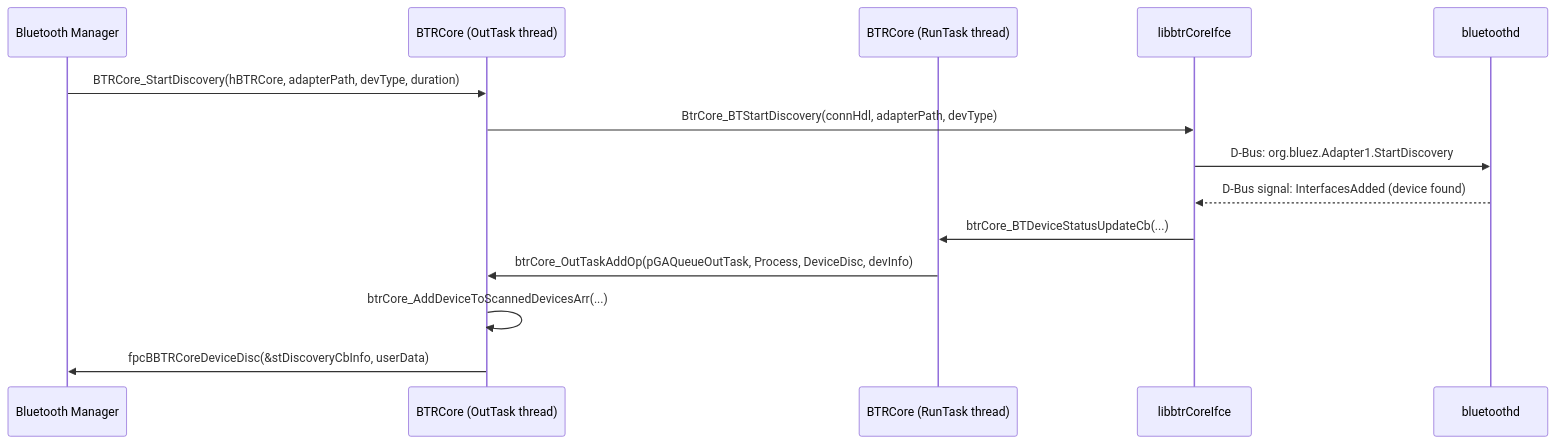
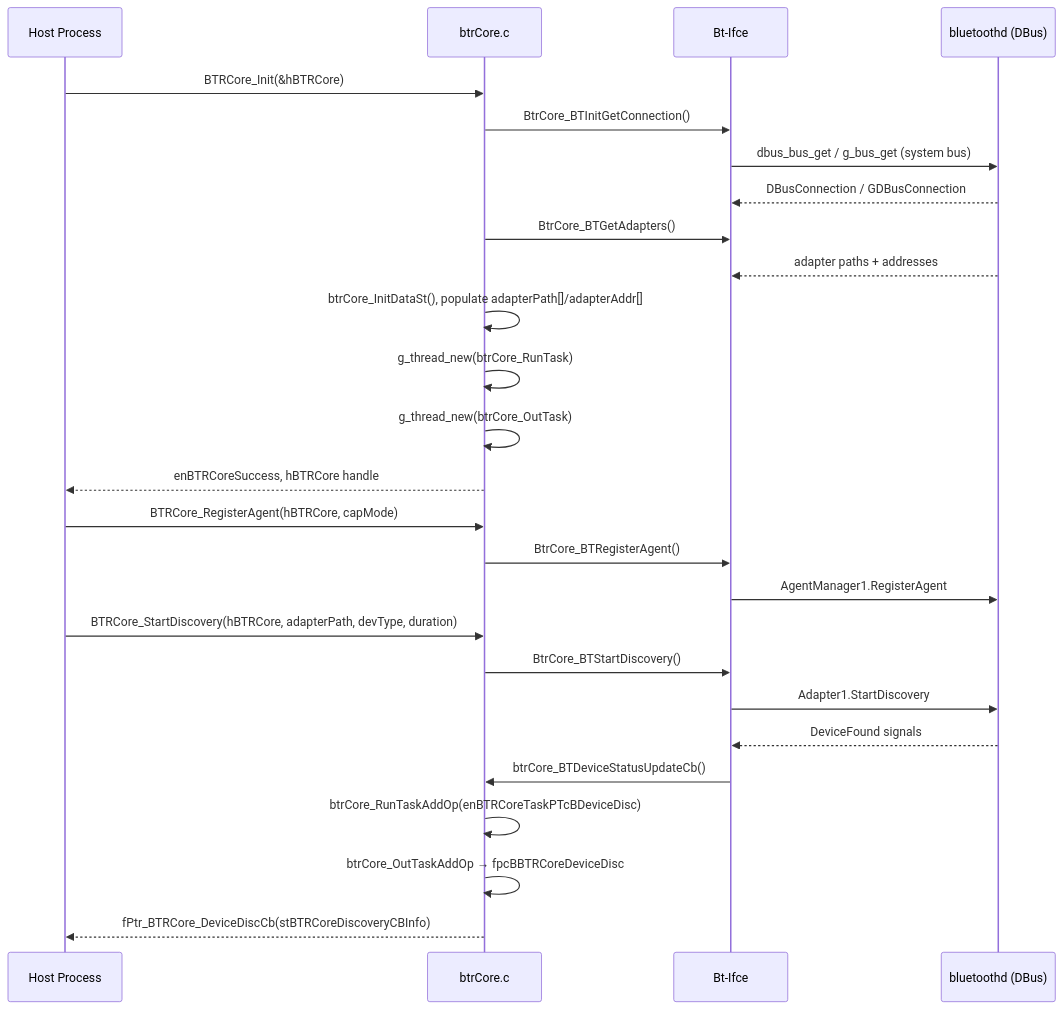
Before and after one commit to rns21/RDK_Documentation: the third of 7 diagrams in docs/docu/RDKV-Documentations/bluetooth-core.md, drawn with Mermaid. The commit also changed other lines of this file, not shown here.

````diff
--- a/docs/docu/RDKV-Documentations/bluetooth-core.md
+++ b/docs/docu/RDKV-Documentations/bluetooth-core.md
@@ -514,17 +143,31 @@
 ```mermaid
 sequenceDiagram
-    participant Mgr as Bluetooth Manager
-    participant Core as BTRCore (OutTask thread)
-    participant RunTask as BTRCore (RunTask thread)
-    participant Ifce as libbtrCoreIfce
-    participant BlueZ as bluetoothd
+    participant Host as Host Process
+    participant BTRCore as btrCore.c
+    participant BtIfce as Bt-Ifce
+    participant BlueZ as bluetoothd (DBus)
 
-    Mgr->>Core: BTRCore_StartDiscovery(hBTRCore, adapterPath, devType, duration)
-    Core->>Ifce: BtrCore_BTStartDiscovery(connHdl, adapterPath, devType)
-    Ifce->>BlueZ: D-Bus: org.bluez.Adapter1.StartDiscovery
-    BlueZ-->>Ifce: D-Bus signal: InterfacesAdded (device found)
-    Ifce->>RunTask: btrCore_BTDeviceStatusUpdateCb(...)
-    RunTask->>Core: btrCore_OutTaskAddOp(pGAQueueOutTask, Process, DeviceDisc, devInfo)
-    Core->>Core: btrCore_AddDeviceToScannedDevicesArr(...)
-    Core->>Mgr: fpcBBTRCoreDeviceDisc(&stDiscoveryCbInfo, userData)
+    Host->>BTRCore: BTRCore_Init(&hBTRCore)
+    BTRCore->>BtIfce: BtrCore_BTInitGetConnection()
+    BtIfce->>BlueZ: dbus_bus_get / g_bus_get (system bus)
+    BlueZ-->>BtIfce: DBusConnection / GDBusConnection
+    BTRCore->>BtIfce: BtrCore_BTGetAdapters()
+    BlueZ-->>BtIfce: adapter paths + addresses
+    BTRCore->>BTRCore: btrCore_InitDataSt(), populate adapterPath[]/adapterAddr[]
+    BTRCore->>BTRCore: g_thread_new(btrCore_RunTask)
+    BTRCore->>BTRCore: g_thread_new(btrCore_OutTask)
+    BTRCore-->>Host: enBTRCoreSuccess, hBTRCore handle
+
+    Host->>BTRCore: BTRCore_RegisterAgent(hBTRCore, capMode)
+    BTRCore->>BtIfce: BtrCore_BTRegisterAgent()
+    BtIfce->>BlueZ: AgentManager1.RegisterAgent
+
+    Host->>BTRCore: BTRCore_StartDiscovery(hBTRCore, adapterPath, devType, duration)
+    BTRCore->>BtIfce: BtrCore_BTStartDiscovery()
+    BtIfce->>BlueZ: Adapter1.StartDiscovery
+    BlueZ-->>BtIfce: DeviceFound signals
+    BtIfce->>BTRCore: btrCore_BTDeviceStatusUpdateCb()
+    BTRCore->>BTRCore: btrCore_RunTaskAddOp(enBTRCoreTaskPTcBDeviceDisc)
+    BTRCore->>BTRCore: btrCore_OutTaskAddOp → fpcBBTRCoreDeviceDisc
+    BTRCore-->>Host: fPtr_BTRCore_DeviceDiscCb(stBTRCoreDiscoveryCBInfo)
 ```
````
